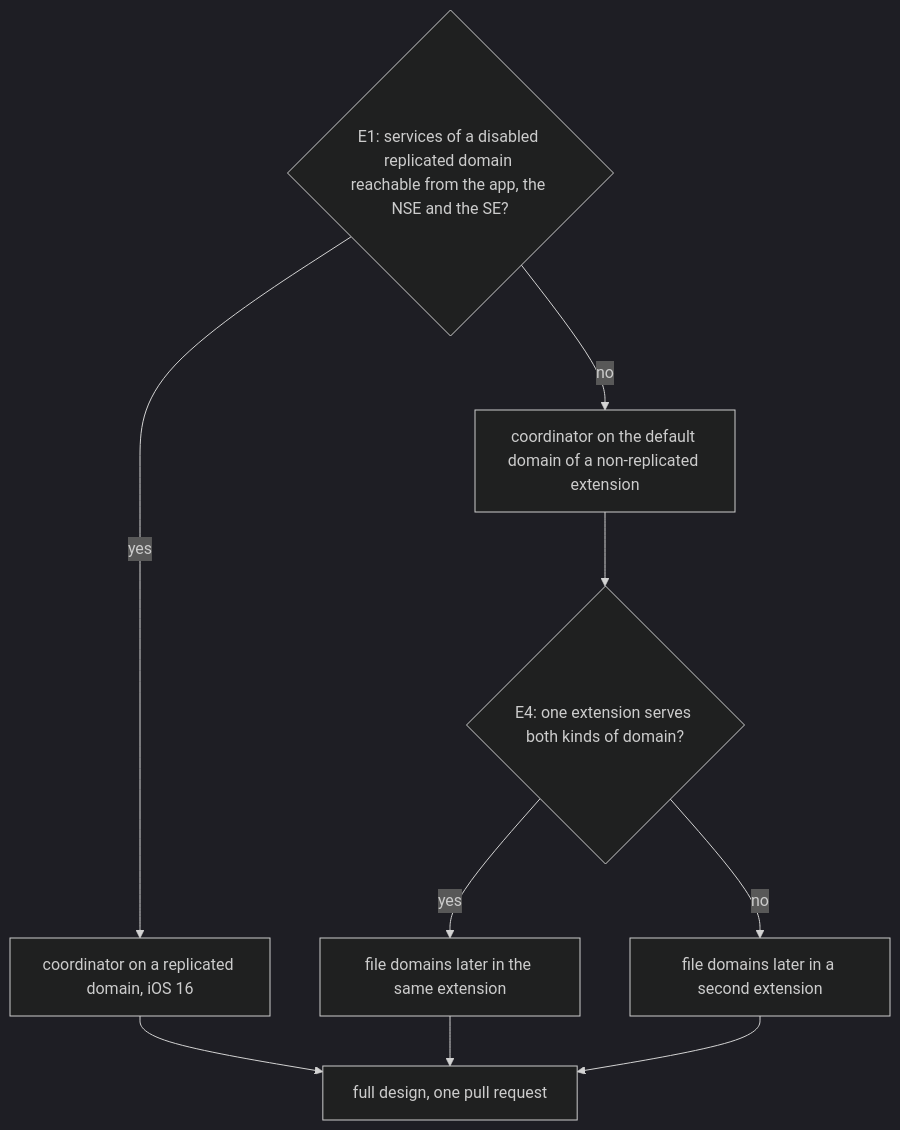
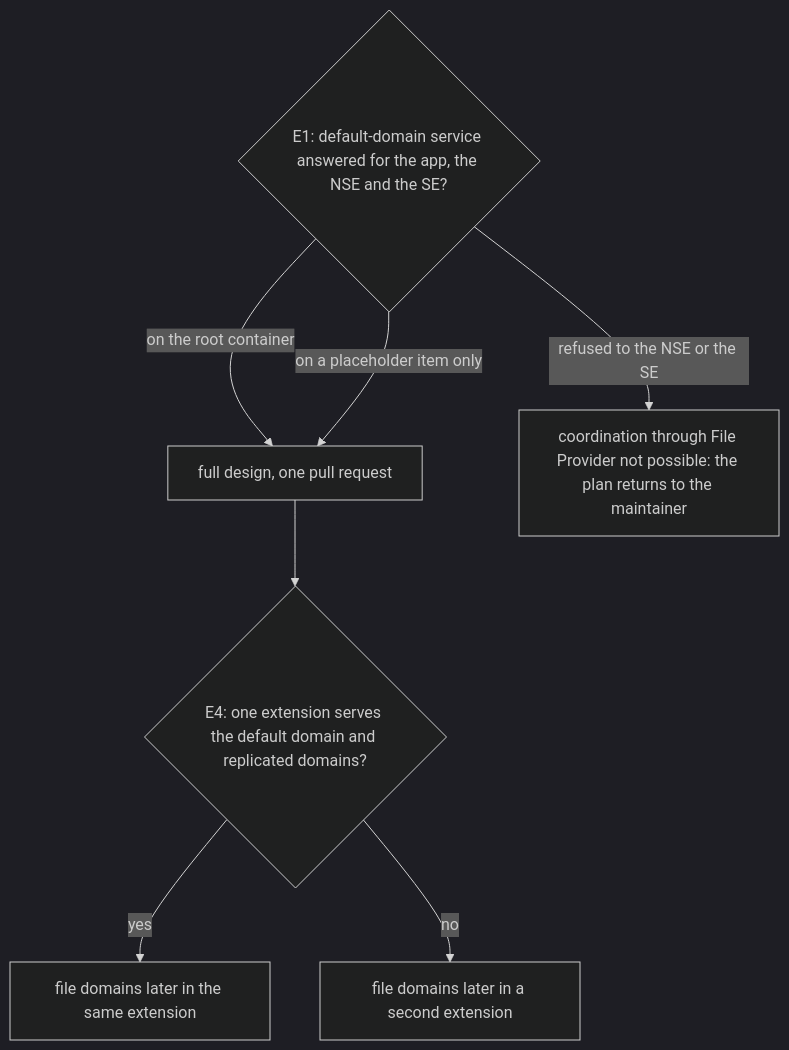
Before and after one commit to evgeny-simplex/simplex-chat: the ninth of 9 diagrams in plans/2026-11-22-ios-file-provider-coordinator.md, drawn with Mermaid (dark theme). The commit also changed other lines of this file, not shown here.

Commit message:
ios: plan the coordinator on the default domain, causes of unreachability

````diff
--- a/plans/2026-11-22-ios-file-provider-coordinator.md
+++ b/plans/2026-11-22-ios-file-provider-coordinator.md
@@ -510,12 +545,10 @@
 ```mermaid
 flowchart TD
-  E1{E1: services of a disabled replicated domain reachable from the app, the NSE and the SE?}
-  E1 -- yes --> R[coordinator on a replicated domain, iOS 16]
-  E1 -- no --> N[coordinator on the default domain of a non-replicated extension]
-  N --> E4{E4: one extension serves both kinds of domain?}
+  E1{E1: default-domain service answered for the app, the NSE and the SE?}
+  E1 -- on the root container --> F[full design, one pull request]
+  E1 -- on a placeholder item only --> F
+  E1 -- refused to the NSE or the SE --> X[coordination through File Provider not possible: the plan returns to the maintainer]
+  F --> E4{E4: one extension serves the default domain and replicated domains?}
   E4 -- yes --> N1[file domains later in the same extension]
   E4 -- no --> N2[file domains later in a second extension]
-  R --> F[full design, one pull request]
-  N1 --> F
-  N2 --> F
 ```
````
